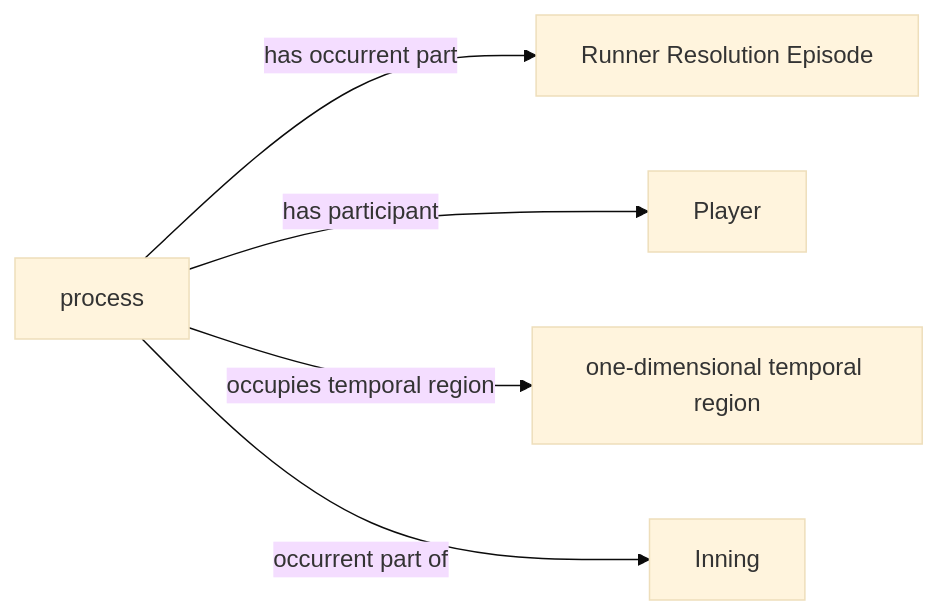
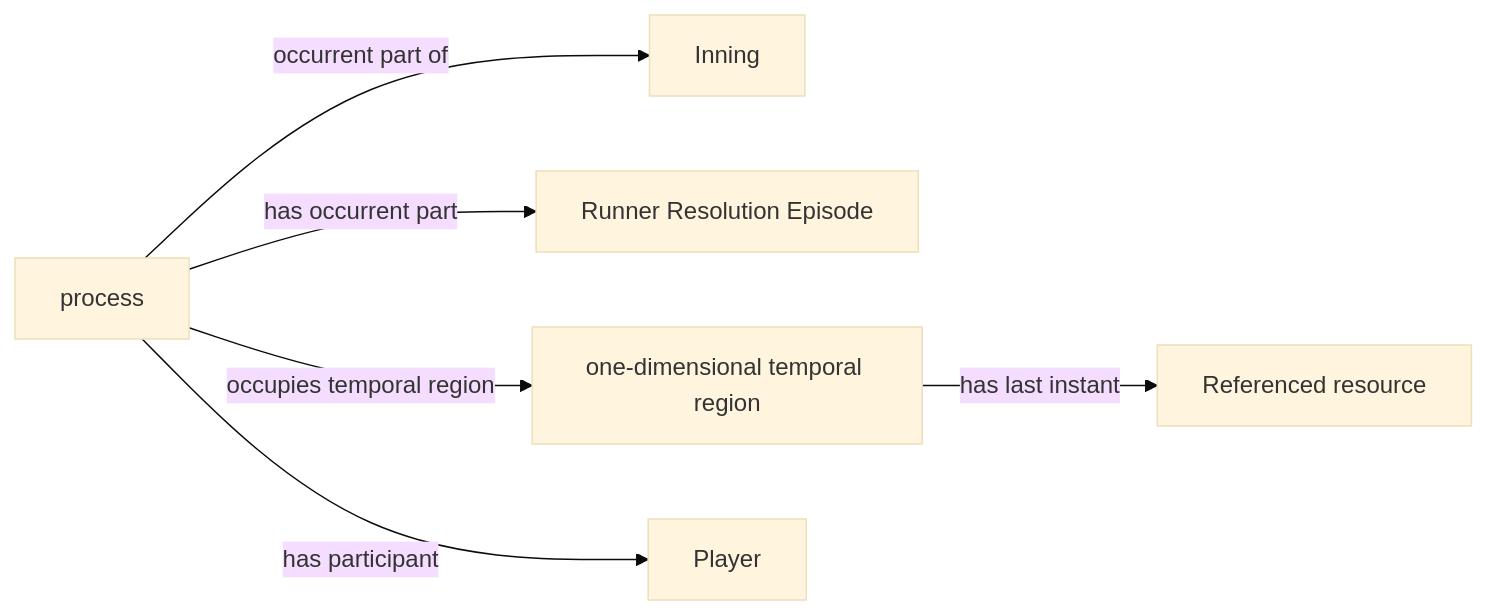
Before and after one commit to CarterBeauBenson/BaseballO: the diagram in Baseball/mermaid/patterns/ontology/64-personal-runner-process.md, drawn with Mermaid (base theme). The commit also changed other lines of this file and 154 other files, not shown here.

````diff
--- a/Baseball/mermaid/patterns/ontology/64-personal-runner-process.md
+++ b/Baseball/mermaid/patterns/ontology/64-personal-runner-process.md
@@ -10,12 +10,14 @@
 ```mermaid
 flowchart LR
-    N01["Inning"]
-    N02["Runner Resolution Episode"]
-    N03["process"]
-    N04["one-dimensional temporal region"]
-    N05["Player"]
-    N03 -->|has occurrent part| N02
-    N03 -->|has participant| N05
-    N03 -->|occupies temporal region| N04
-    N03 -->|occurrent part of| N01
+    N01["Referenced resource"]
+    N02["Inning"]
+    N03["Runner Resolution Episode"]
+    N04["process"]
+    N05["one-dimensional temporal region"]
+    N06["Player"]
+    N04 -->|has occurrent part| N03
+    N04 -->|has participant| N06
+    N04 -->|occupies temporal region| N05
+    N04 -->|occurrent part of| N02
+    N05 -->|has last instant| N01
 ```
````
